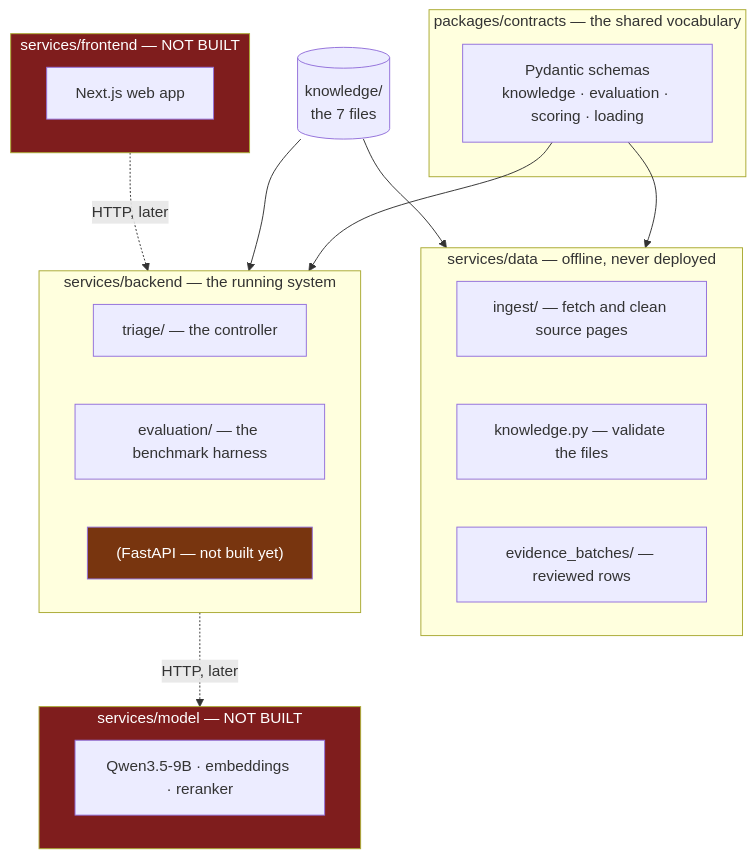
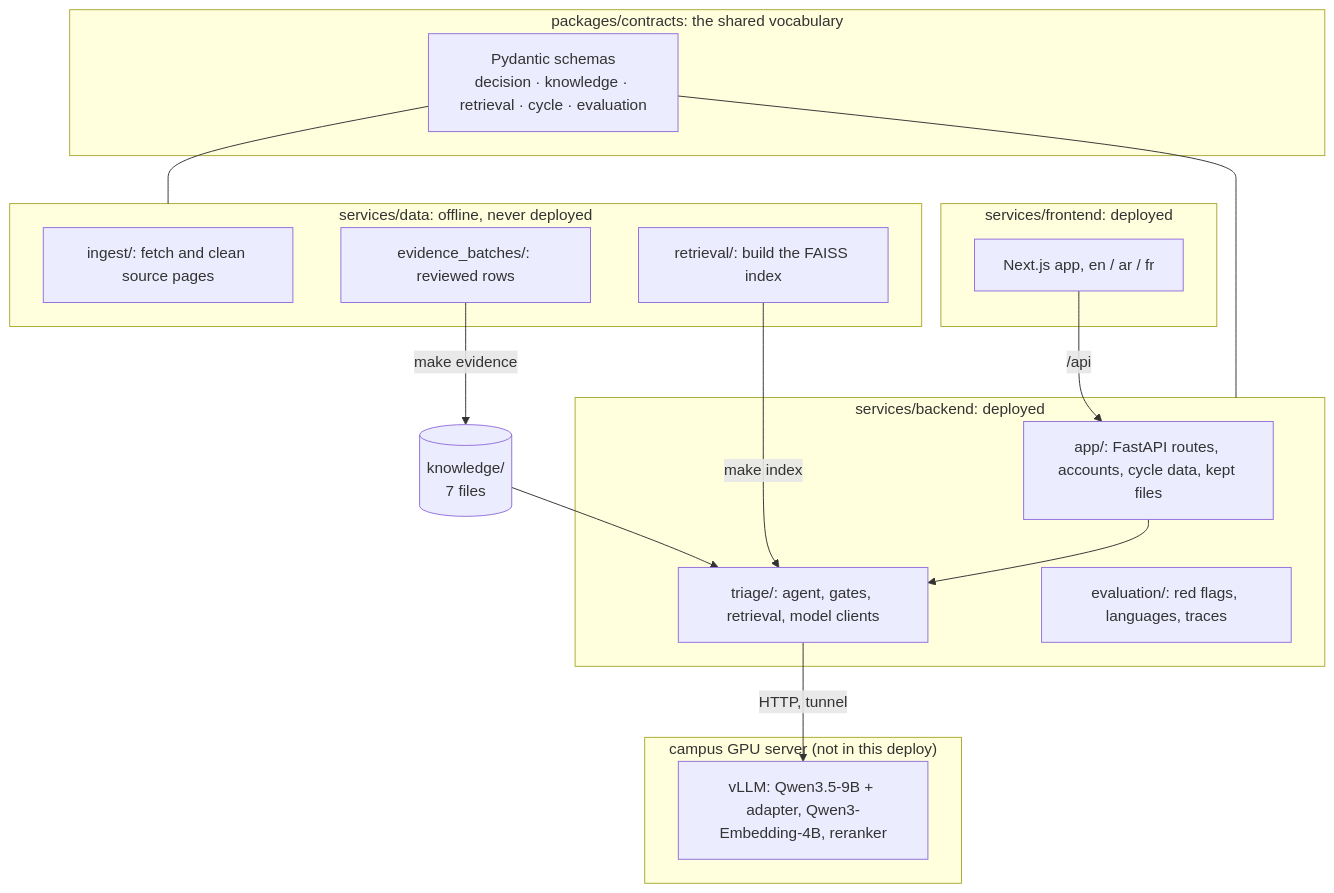
The first of 2 diagrams in docs/REPO_MAP.md (HerHealthGPT/herhealthgpt), drawn with Mermaid before and after one commit. The commit also changed other lines of this file and 23 other files, not shown here.

````diff
--- a/docs/REPO_MAP.md
+++ b/docs/REPO_MAP.md
@@ -10,39 +11,36 @@
 ```mermaid
 flowchart TB
-    subgraph SHARED["packages/contracts — the shared vocabulary"]
-        SCH["Pydantic schemas<br/>knowledge · evaluation · scoring · loading"]
+    subgraph SHARED["packages/contracts: the shared vocabulary"]
+        SCH["Pydantic schemas<br/>decision · knowledge · retrieval · cycle · evaluation"]
     end
 
-    subgraph DATA["services/data — offline, never deployed"]
-        ING["ingest/ — fetch and clean source pages"]
-        KNOW["knowledge.py — validate the files"]
-        EV["evidence_batches/ — reviewed rows"]
+    subgraph DATA["services/data: offline, never deployed"]
+        ING["ingest/: fetch and clean source pages"]
+        EV["evidence_batches/: reviewed rows"]
+        IDX["retrieval/: build the FAISS index"]
     end
 
-    subgraph BACK["services/backend — the running system"]
-        TRI["triage/ — the controller"]
-        EVAL["evaluation/ — the benchmark harness"]
-        API["(FastAPI — not built yet)"]
+    subgraph BACK["services/backend: deployed"]
+        API["app/: FastAPI routes, accounts, cycle data, kept files"]
+        TRI["triage/: agent, gates, retrieval, model clients"]
+        EVAL["evaluation/: red flags, languages, traces"]
     end
 
-    subgraph MODEL["services/model — NOT BUILT"]
-        M["Qwen3.5-9B · embeddings · reranker"]
+    subgraph FRONT["services/frontend: deployed"]
+        UI["Next.js app, en / ar / fr"]
     end
 
-    subgraph FRONT["services/frontend — NOT BUILT"]
-        FE["Next.js web app"]
+    subgraph GPU["campus GPU server (not in this deploy)"]
+        M["vLLM: Qwen3.5-9B + adapter, Qwen3-Embedding-4B, reranker"]
     end
 
-    KNOWLEDGE[("knowledge/<br/>the 7 files")]
-
-    SCH --> DATA
-    SCH --> BACK
-    KNOWLEDGE --> DATA
-    KNOWLEDGE --> BACK
-    BACK -.->|"HTTP, later"| MODEL
-    FRONT -.->|"HTTP, later"| BACK
-
-    style MODEL fill:#7f1d1d,color:#fff
-    style FRONT fill:#7f1d1d,color:#fff
-    style API fill:#78350f,color:#fff
+    KB[("knowledge/<br/>7 files")]
+    EV -->|make evidence| KB
+    KB --> TRI
+    IDX -->|make index| TRI
+    SCH --- DATA
+    SCH --- BACK
+    UI -->|/api| API
+    API --> TRI
+    TRI -->|HTTP, tunnel| M
 ```
````
